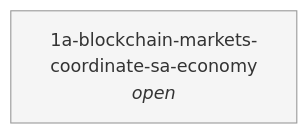
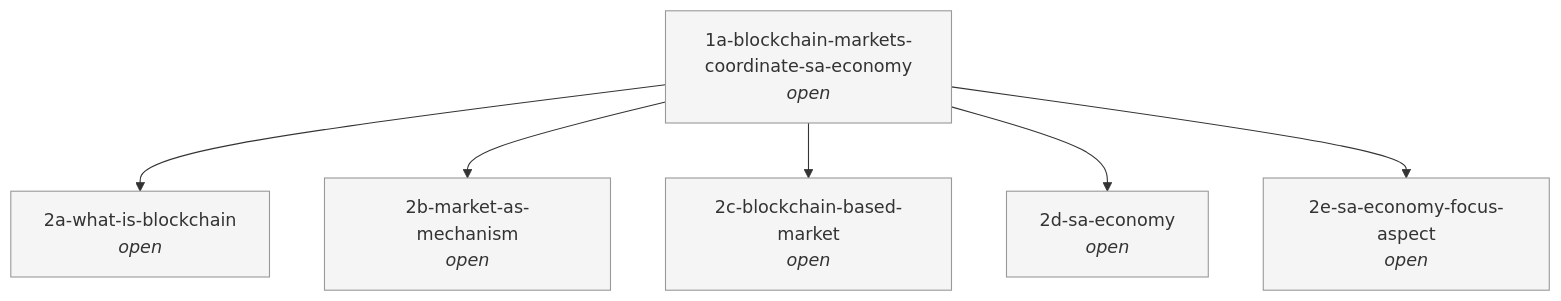
Before and after one commit to tomschdev/research-market-linked-learn-to-earn: the diagram in research-tree/tree.md, drawn with Mermaid. The commit also changed 10 other files, not shown here.

Commit message:
pose 2a–2e: literature-review basis + converged/contested candidates

````diff
--- a/research-tree/tree.md
+++ b/research-tree/tree.md
@@ -5,11 +5,23 @@
 ```mermaid
 graph TD
   n0["1a-blockchain-markets-coordinate-sa-economy<br/><i>open</i>"]:::open
+  n1["2a-what-is-blockchain<br/><i>open</i>"]:::open
+  n2["2b-market-as-mechanism<br/><i>open</i>"]:::open
+  n3["2c-blockchain-based-market<br/><i>open</i>"]:::open
+  n4["2d-sa-economy<br/><i>open</i>"]:::open
+  n5["2e-sa-economy-focus-aspect<br/><i>open</i>"]:::open
+  n0 --> n1
+  n0 --> n2
+  n0 --> n3
+  n0 --> n4
+  n0 --> n5
   classDef open fill:#f5f5f5,stroke:#999,color:#333
   classDef supported fill:#2e7d32,stroke:#1b5e20,color:#fff
   classDef refuted fill:#c62828,stroke:#8e0000,color:#fff
   classDef inconclusive fill:#f9a825,stroke:#c17900,color:#000
   classDef abandoned fill:#eeeeee,stroke:#999,color:#666,stroke-dasharray:3 3
   classDef deferred fill:#1565c0,stroke:#0d47a1,color:#fff
   classDef bypassed fill:#ffffff,stroke:#666,color:#333,stroke-dasharray:5 5
+  classDef converged fill:#00838f,stroke:#005662,color:#fff
+  classDef contested fill:#6a1b9a,stroke:#38006b,color:#fff
 ```
````
